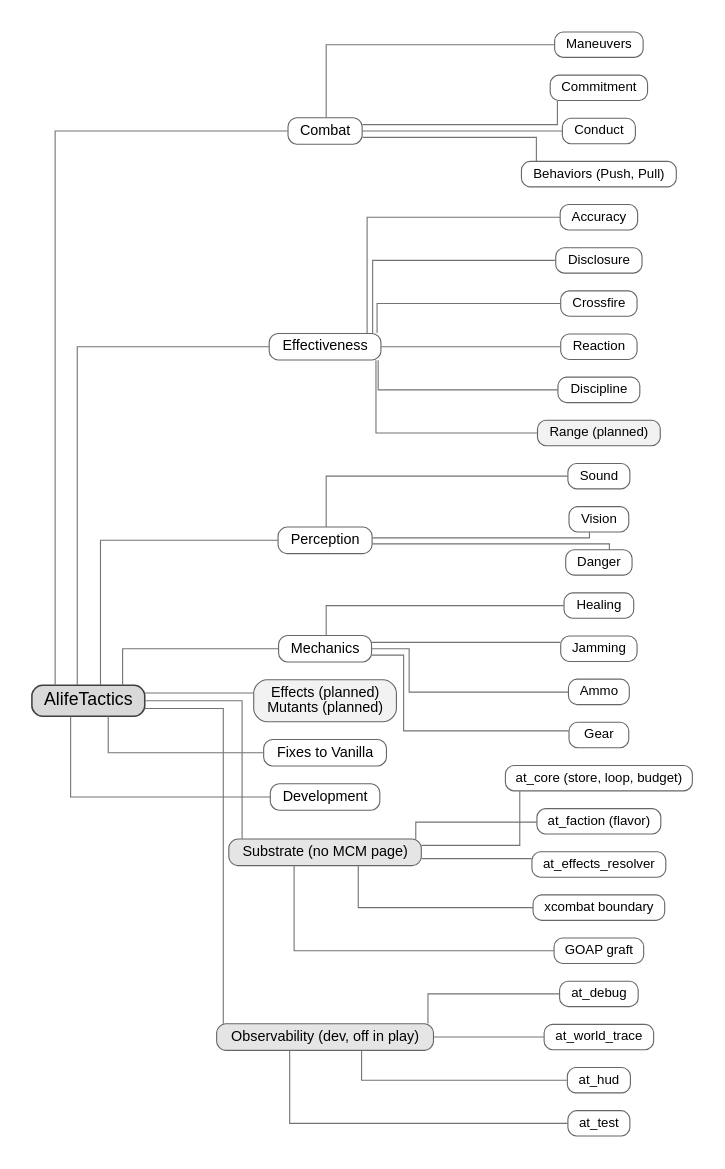
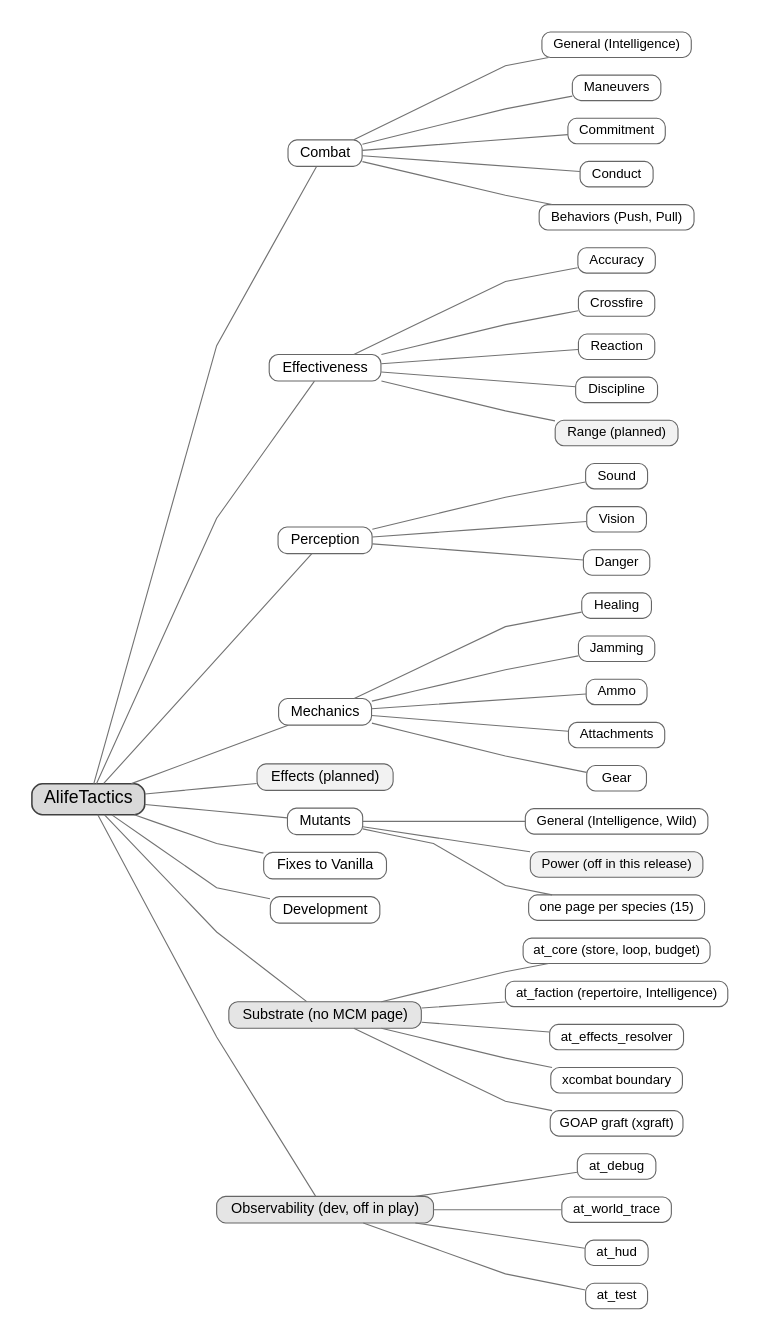
One commit to damiansirbu-stalker/AlifeTactics changed the diagram in doc/img/container.dot. Above: the diagram before and after it, drawn with Graphviz. The commit also changed 9 other files, not shown here.

First line of the commit message:
docs(architecture): redraw the diagrams for mutants and the decision model

```diff
--- a/doc/img/container.dot
+++ b/doc/img/container.dot
@@ -1,59 +1,64 @@
 digraph at_container {
     // C4 level 2: the containers. The user-facing set IS the MCM tree (at_mcm.script),
     // same grouping, order, and names. Substrate and Observability carry no MCM page.
     rankdir=LR
-    splines=ortho
+    splines=polyline
     pad=0.3
     nodesep=0.22
     ranksep=0.9
     graph [fontname="Arial", fontsize=15]
     node  [shape=box, style="rounded,filled", fillcolor=white,
            color=gray40, fontname="Arial", fontsize=13, margin="0.14,0.07", height=0.32]
     edge  [arrowhead=none, color=gray45]
 
     root [label="AlifeTactics", fillcolor=gray85, color=gray25, penwidth=1.4, fontsize=16]
 
-    // MCM categories, in tree order.
+    // MCM categories, in tree order. Grey fill marks a page not live in this release.
     combat  [label="Combat"]
     effect  [label="Effectiveness"]
     percep  [label="Perception"]
     mechan  [label="Mechanics"]
-    planned [label="Effects (planned)\nMutants (planned)", fillcolor=gray95]
+    effects [label="Effects (planned)", fillcolor=gray95]
+    mutants [label="Mutants"]
     fixes   [label="Fixes to Vanilla"]
     devel   [label="Development"]
 
     // Support containers, no MCM page.
     substrate [label="Substrate (no MCM page)", fillcolor=gray90]
     observ    [label="Observability (dev, off in play)", fillcolor=gray90]
 
     root -> combat
     root -> effect
     root -> percep
     root -> mechan
-    root -> planned
+    root -> effects
+    root -> mutants
     root -> fixes
     root -> devel
     root -> substrate
     root -> observ
 
     node [fontsize=12, fillcolor=white]
 
-    c1 [label="Maneuvers"]; c2 [label="Commitment"]; c3 [label="Conduct"]; c4 [label="Behaviors (Push, Pull)"]
-    combat -> c1; combat -> c2; combat -> c3; combat -> c4
+    c0 [label="General (Intelligence)"]; c1 [label="Maneuvers"]; c2 [label="Commitment"]; c3 [label="Conduct"]; c4 [label="Behaviors (Push, Pull)"]
+    combat -> c0; combat -> c1; combat -> c2; combat -> c3; combat -> c4
 
-    e1 [label="Accuracy"]; e2 [label="Disclosure"]; e3 [label="Crossfire"]; e4 [label="Reaction"]; e5 [label="Discipline"]; e6 [label="Range (planned)", fillcolor=gray95]
-    effect -> e1; effect -> e2; effect -> e3; effect -> e4; effect -> e5; effect -> e6
+    e1 [label="Accuracy"]; e2 [label="Crossfire"]; e3 [label="Reaction"]; e4 [label="Discipline"]; e5 [label="Range (planned)", fillcolor=gray95]
+    effect -> e1; effect -> e2; effect -> e3; effect -> e4; effect -> e5
 
     p1 [label="Sound"]; p2 [label="Vision"]; p3 [label="Danger"]
     percep -> p1; percep -> p2; percep -> p3
 
-    m1 [label="Healing"]; m2 [label="Jamming"]; m3 [label="Ammo"]; m4 [label="Gear"]
-    mechan -> m1; mechan -> m2; mechan -> m3; mechan -> m4
+    m1 [label="Healing"]; m2 [label="Jamming"]; m3 [label="Ammo"]; m4 [label="Attachments"]; m5 [label="Gear"]
+    mechan -> m1; mechan -> m2; mechan -> m3; mechan -> m4; mechan -> m5
 
-    s1 [label="at_core (store, loop, budget)"]; s2 [label="at_faction (flavor)"]
-    s3 [label="at_effects_resolver"]; s4 [label="xcombat boundary"]; s5 [label="GOAP graft"]
+    u1 [label="General (Intelligence, Wild)"]; u2 [label="Power (off in this release)", fillcolor=gray95]; u3 [label="one page per species (15)"]
+    mutants -> u1; mutants -> u2; mutants -> u3
+
+    s1 [label="at_core (store, loop, budget)"]; s2 [label="at_faction (repertoire, Intelligence)"]
+    s3 [label="at_effects_resolver"]; s4 [label="xcombat boundary"]; s5 [label="GOAP graft (xgraft)"]
     substrate -> s1; substrate -> s2; substrate -> s3; substrate -> s4; substrate -> s5
 
     o1 [label="at_debug"]; o2 [label="at_world_trace"]; o3 [label="at_hud"]; o4 [label="at_test"]
     observ -> o1; observ -> o2; observ -> o3; observ -> o4
 }
```
